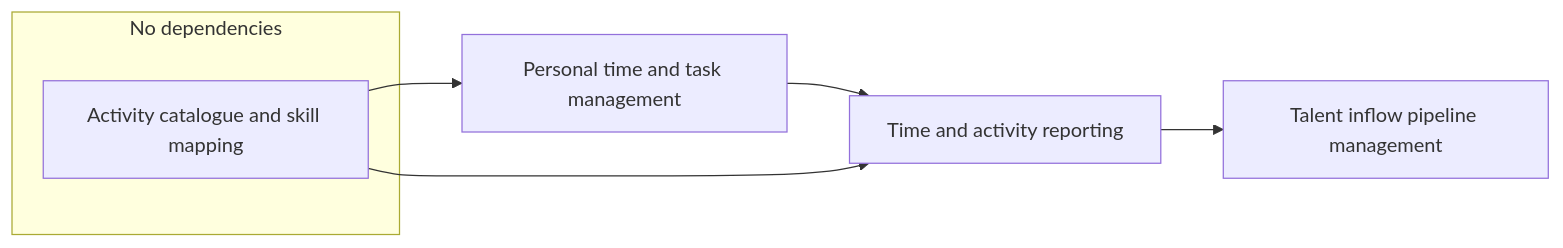
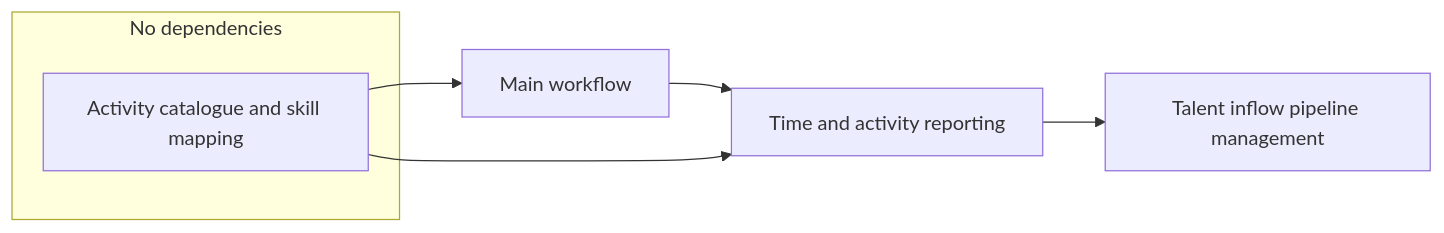
Before and after one commit to ZR000X/company-software-development: the diagram in processes/process-dependencies.md, drawn with Mermaid. The commit also changed other lines of this file and 10 other files, not shown here.

First line of the commit message:
📝 Reorganize workflow docs around main time-tracking loop

````diff
--- a/processes/process-dependencies.md
+++ b/processes/process-dependencies.md
@@ -13,13 +29,13 @@
 ```mermaid
 flowchart LR
   subgraph noDeps [No dependencies]
     ActivityCatalogue[Activity catalogue and skill mapping]
   end
-  PersonalTime[Personal time and task management]
+  MainWorkflow[Main workflow]
   Reporting[Time and activity reporting]
   TalentPipeline[Talent inflow pipeline management]
-  ActivityCatalogue --> PersonalTime
-  PersonalTime --> Reporting
+  ActivityCatalogue --> MainWorkflow
+  MainWorkflow --> Reporting
   ActivityCatalogue --> Reporting
   Reporting --> TalentPipeline
 ```
````
